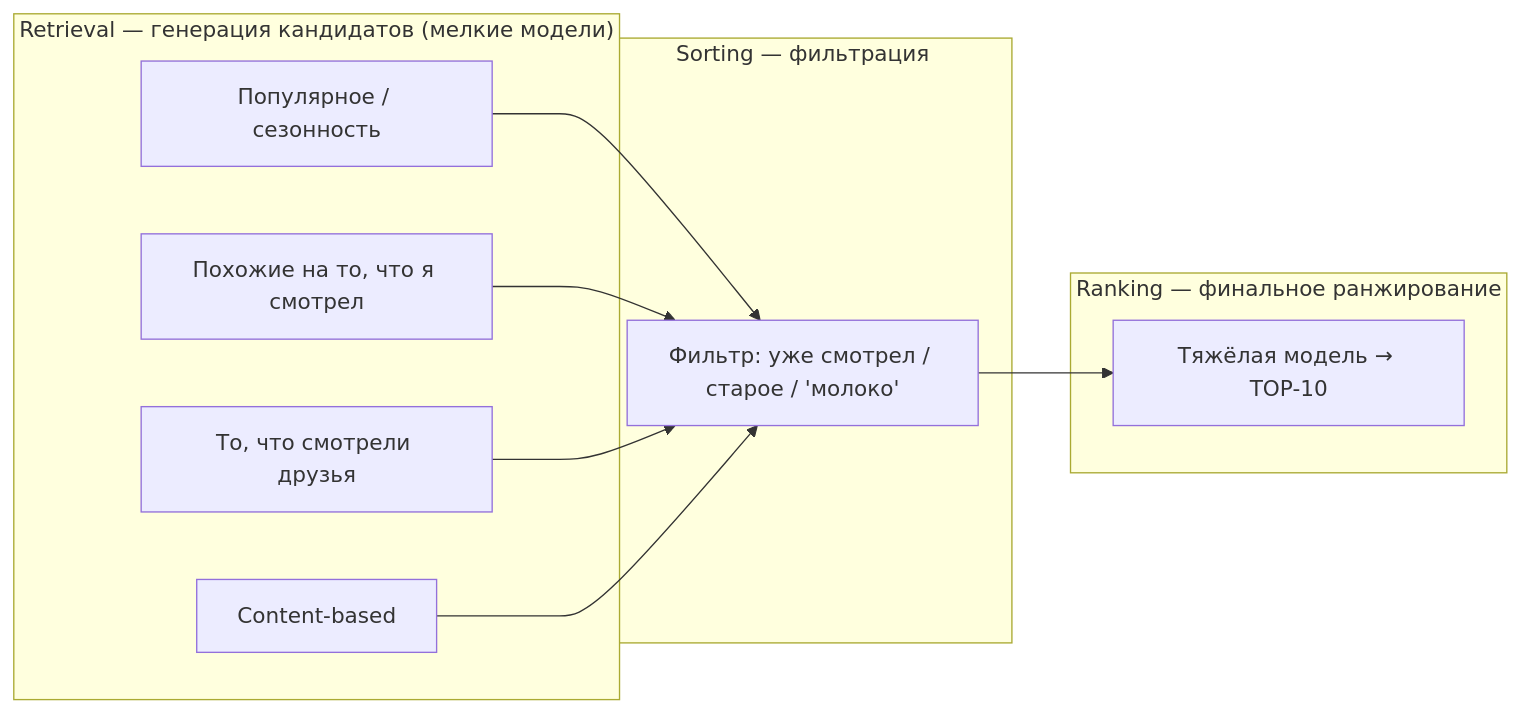
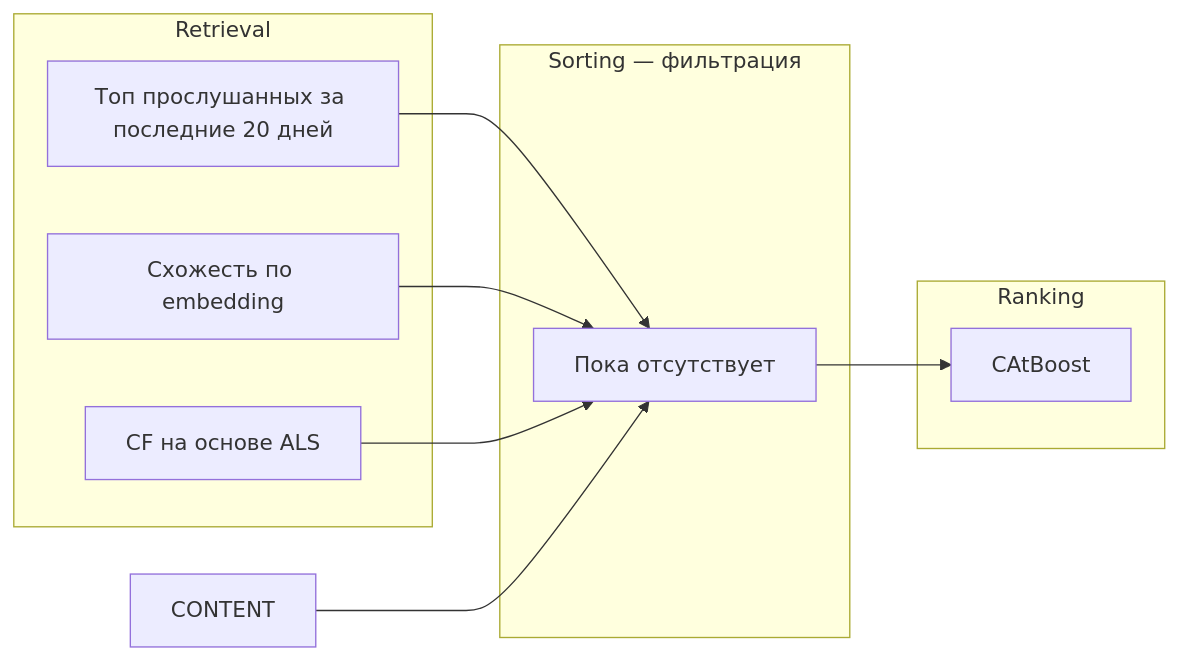
The diagram in README.md (Nastasy822/music-recommendation-experiments), drawn with Mermaid before and after one commit.

Commit message:
docs(С4): update diagram

````diff
--- a/README.md
+++ b/README.md
@@ -149,27 +149,27 @@
 ```mermaid
 flowchart LR
 
     %% === Блоки пайплайна ===
-    subgraph RETRIEVAL ["Retrieval — генерация кандидатов (мелкие модели)"]
-        POP["Популярное / сезонность"]
-        SIM["Похожие на то, что я смотрел"]
-        FRIENDS["То, что смотрели друзья"]
-        CONTENT["Content-based"]
+    subgraph RETRIEVAL ["Retrieval"]
+        POP["Тренды последних 5 дней"]
+        POP["Топ прослушанных за последние 20 дней"]
+        SIM["Схожесть по embedding"]
+        FRIENDS["CF на основе ALS"]
     end
 
     subgraph SORTING ["Sorting — фильтрация"]
-        FILTER["Фильтр: уже смотрел / старое / 'молоко'"]
+        FILTER["Пока отсутствует"]
     end
 
-    subgraph RANKING ["Ranking — финальное ранжирование"]
-        RANK["Тяжёлая модель → TOP-10"]
+    subgraph RANKING ["Ranking"]
+        RANK["CAtBoost"]
     end
 
     %% === Потоки данных ===
     POP --> FILTER
     SIM --> FILTER
     FRIENDS --> FILTER
     CONTENT --> FILTER
 
     FILTER --> RANK
 ```
````
